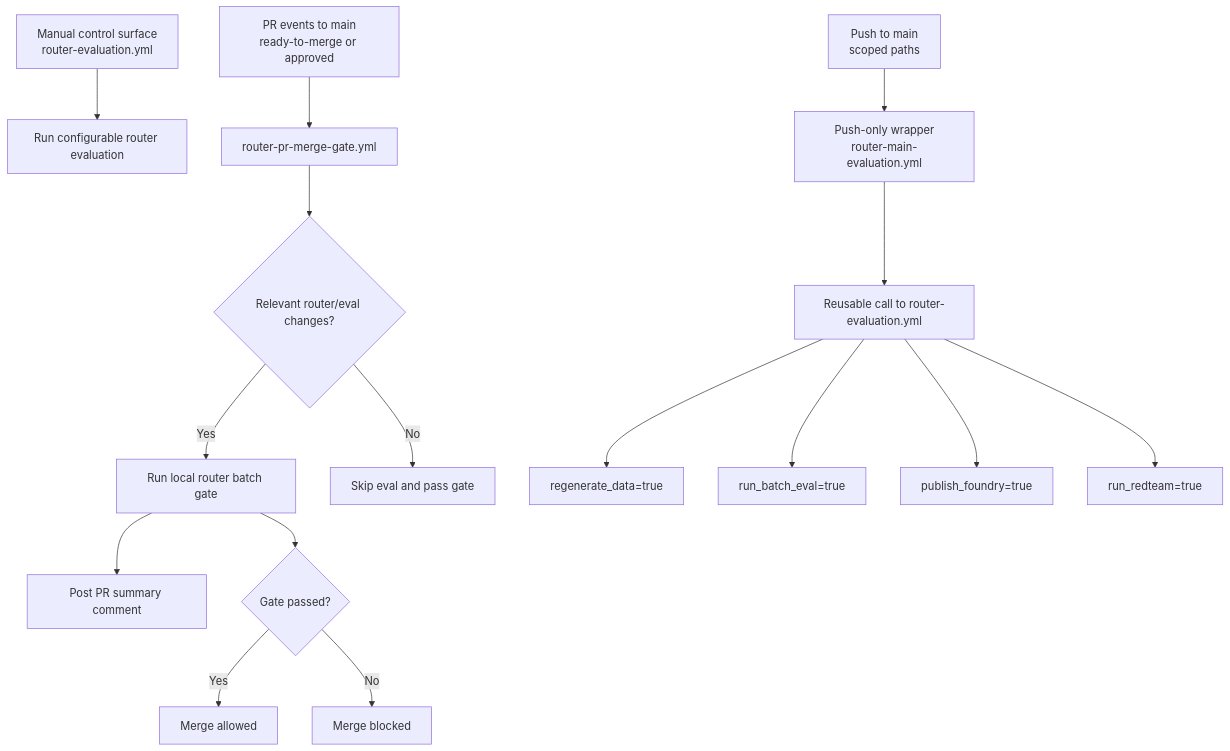
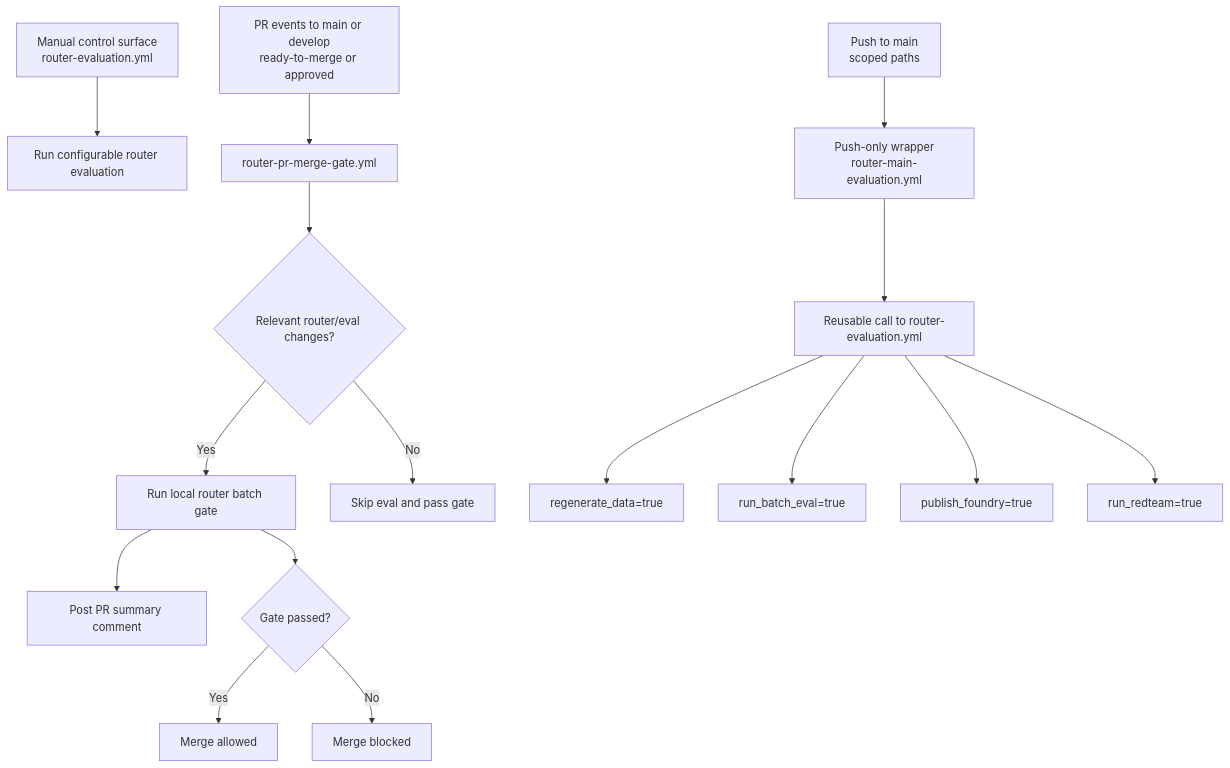
The diagram in .github/workflows/README.md (cristofima/maf-graphrag-series), drawn with Mermaid before and after one commit. The commit also changed other lines of this file and 2 other files, not shown here.

Commit message:
ci: update branch triggers to include 'develop' for push and pull_request events

````diff
--- a/.github/workflows/README.md
+++ b/.github/workflows/README.md
@@ -17,18 +17,18 @@
 ```mermaid
 flowchart TD
   A[Manual control surface<br/>router-evaluation.yml] --> B[Run configurable router evaluation]
-  C[PR events to main<br/>ready-to-merge or approved] --> D[router-pr-merge-gate.yml]
+  C[PR events to main or develop<br/>ready-to-merge or approved] --> D[router-pr-merge-gate.yml]
   D --> E{Relevant router/eval changes?}
   E -- Yes --> F[Run local router batch gate]
   E -- No --> G[Skip eval and pass gate]
   F --> H[Post PR summary comment]
   F --> I{Gate passed?}
   I -- Yes --> J[Merge allowed]
   I -- No --> K[Merge blocked]
   L[Push to main<br/>scoped paths] --> M[Push-only wrapper<br/>router-main-evaluation.yml]
   M --> N[Reusable call to router-evaluation.yml]
   N --> O[regenerate_data=true]
   N --> P[run_batch_eval=true]
   N --> Q[publish_foundry=true]
   N --> R[run_redteam=true]
 ```
````
